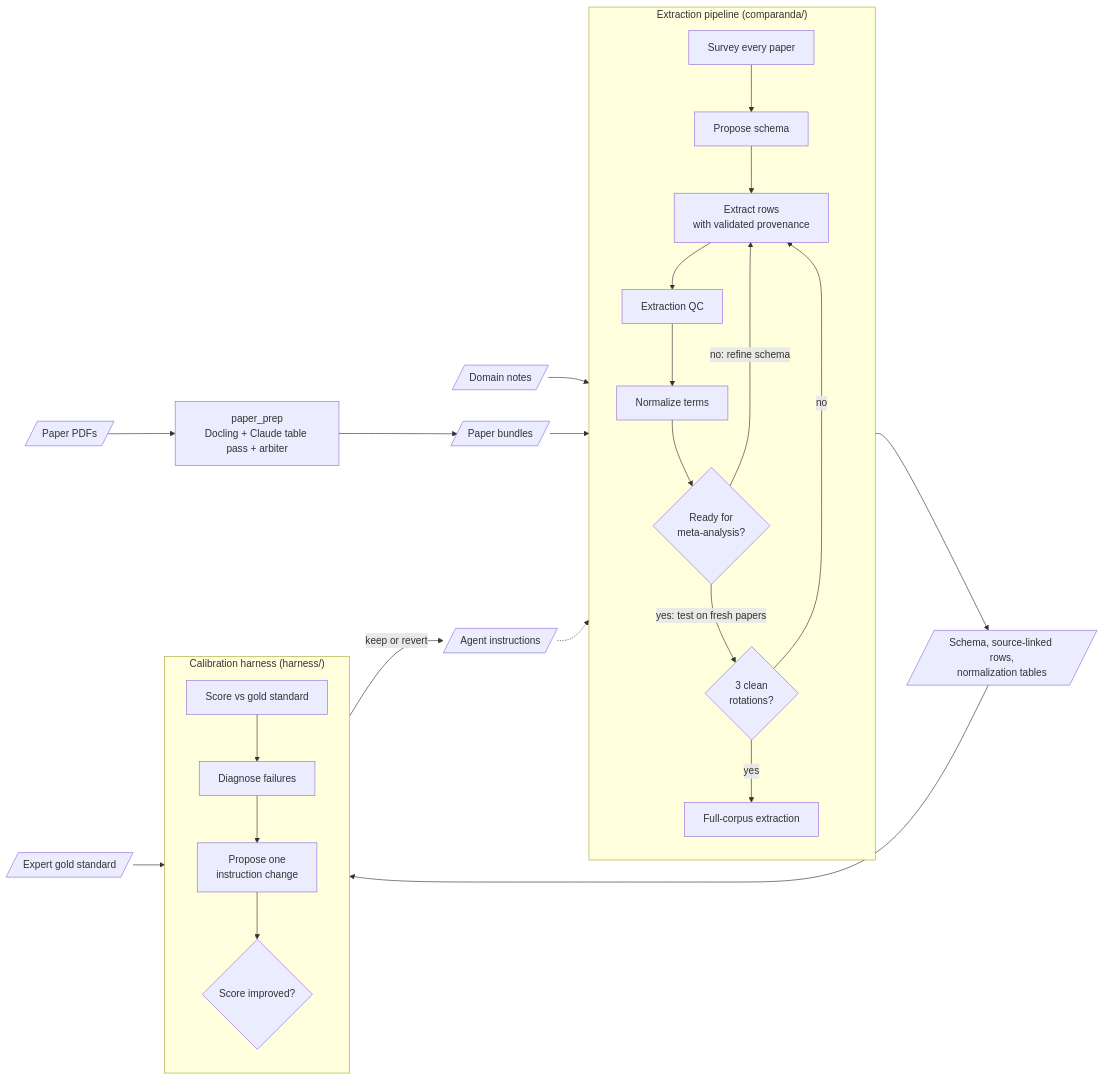
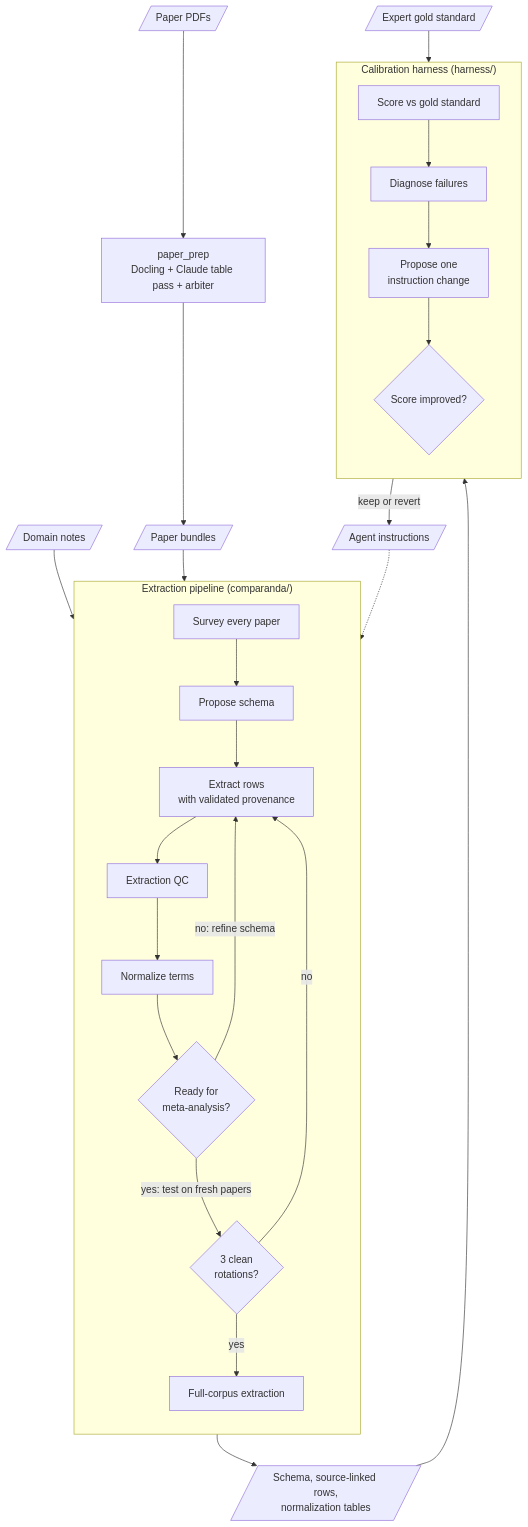
Before and after one commit to metacensus/comparanda: the diagram in README.md, drawn with Mermaid.

Commit message:
docs: lay out system diagram top-down

````diff
--- a/README.md
+++ b/README.md
@@ -14,33 +14,33 @@
 ```mermaid
-flowchart LR
+flowchart TB
     PDFs[/"Paper PDFs"/] --> Prep["paper_prep<br/>Docling + Claude table pass + arbiter"]
     Notes[/"Domain notes"/] --> Survey
     Prep --> Bundles[/"Paper bundles"/] --> Survey
 
     subgraph Pipeline["Extraction pipeline (comparanda/)"]
         direction TB
         Survey["Survey every paper"] --> Schema["Propose schema"]
         Schema --> Extract["Extract rows<br/>with validated provenance"]
         Extract --> QC["Extraction QC"]
         QC --> Normalize["Normalize terms"]
         Normalize --> Critique{"Ready for<br/>meta-analysis?"}
         Critique -->|"no: refine schema"| Extract
         Critique -->|"yes: test on fresh papers"| Rotate{"3 clean<br/>rotations?"}
         Rotate -->|no| Extract
         Rotate -->|yes| Full["Full-corpus extraction"]
     end
 
     Full --> Out[/"Schema, source-linked rows,<br/>normalization tables"/]
 
     subgraph Harness["Calibration harness (harness/)"]
         direction TB
         Eval["Score vs gold standard"] --> Diagnose["Diagnose failures"]
         Diagnose --> Critic["Propose one<br/>instruction change"]
         Critic --> Keep{"Score improved?"}
     end
 
     Gold[/"Expert gold standard"/] --> Eval
     Out --> Eval
     Keep -->|"keep or revert"| Instr[/"Agent instructions"/]
     Instr -.-> Pipeline
 ```
````
